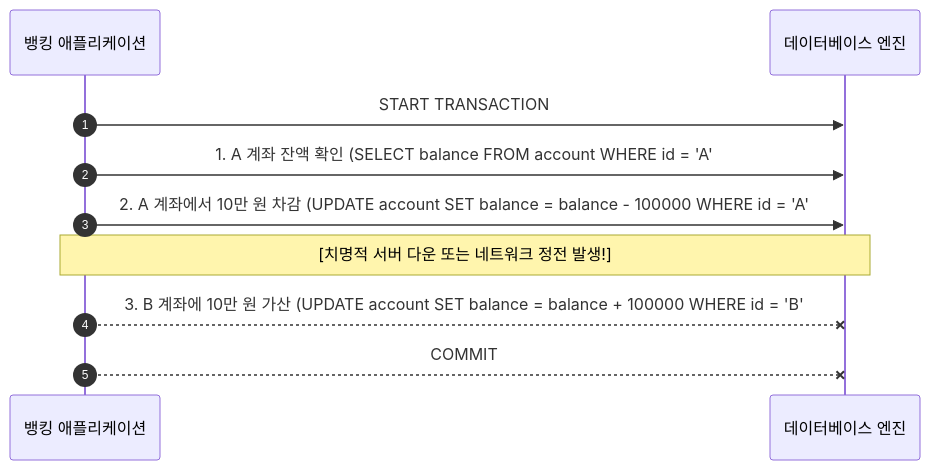
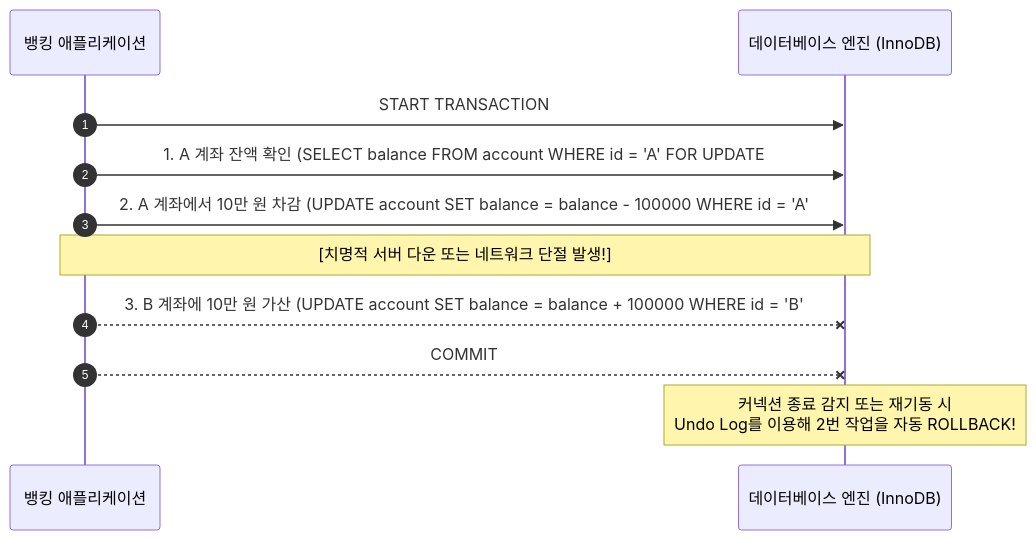
One commit to keimania/tech-notes changed diagram 13 of 37 in 07_데이터베이스_기술.md. Above: the diagram before and after it, drawn with Mermaid. The commit also changed other lines of this file and 12 other files, not shown here.

````diff
--- a/07_데이터베이스_기술.md
+++ b/07_데이터베이스_기술.md
@@ -403,15 +626,16 @@
 ```mermaid
 sequenceDiagram
     autonumber
     participant App as 뱅킹 애플리케이션
-    participant DB as 데이터베이스 엔진
+    participant DB as 데이터베이스 엔진 (InnoDB)
 
     App->>DB: START TRANSACTION;
-    App->>DB: 1. A 계좌 잔액 확인 (SELECT balance FROM account WHERE id = 'A';)
+    App->>DB: 1. A 계좌 잔액 확인 (SELECT balance FROM account WHERE id = 'A' FOR UPDATE;)
     App->>DB: 2. A 계좌에서 10만 원 차감 (UPDATE account SET balance = balance - 100000 WHERE id = 'A';)
     
-    Note over App,DB: [치명적 서버 다운 또는 네트워크 정전 발생!]
+    Note over App,DB: [치명적 서버 다운 또는 네트워크 단절 발생!]
     
     App--xDB: 3. B 계좌에 10만 원 가산 (UPDATE account SET balance = balance + 100000 WHERE id = 'B';)
     App--xDB: COMMIT;
+    Note over DB: 커넥션 종료 감지 또는 재기동 시<br/>Undo Log를 이용해 2번 작업을 자동 ROLLBACK!
 ```
````
